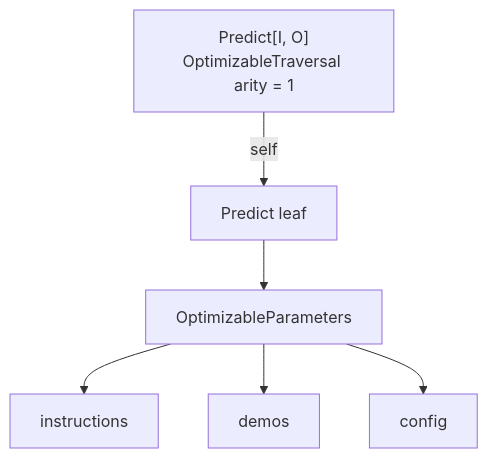
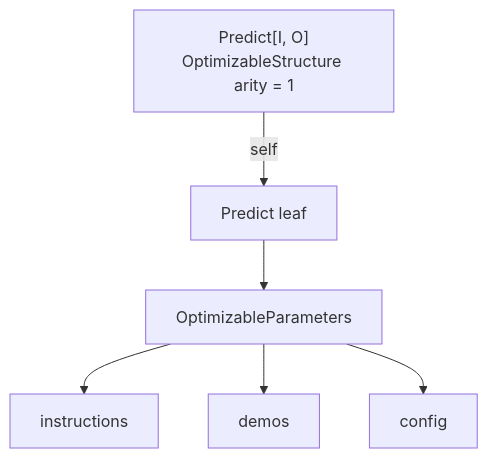
One commit to jpablo/dspy4s changed the fifth of 5 diagrams in modules/programs/src/main/scala/dspy4s/programs/strategies/Predict.md. Above: the diagram before and after it, drawn with Mermaid. The commit also changed other lines of this file and 95 other files, not shown here.

Commit message:
refactor: rename optimizable traversal to structure

````diff
--- a/modules/programs/src/main/scala/dspy4s/programs/strategies/Predict.md
+++ b/modules/programs/src/main/scala/dspy4s/programs/strategies/Predict.md
@@ -261,9 +261,9 @@
 ```mermaid
 flowchart TD
-    root["Predict[I, O]<br/>OptimizableTraversal arity = 1"]
+    root["Predict[I, O]<br/>OptimizableStructure arity = 1"]
     root -->|"self"| leaf["Predict leaf"]
     leaf --> params["OptimizableParameters"]
     params --> instructions["instructions"]
     params --> demos["demos"]
     params --> config["config"]
 ```
````
